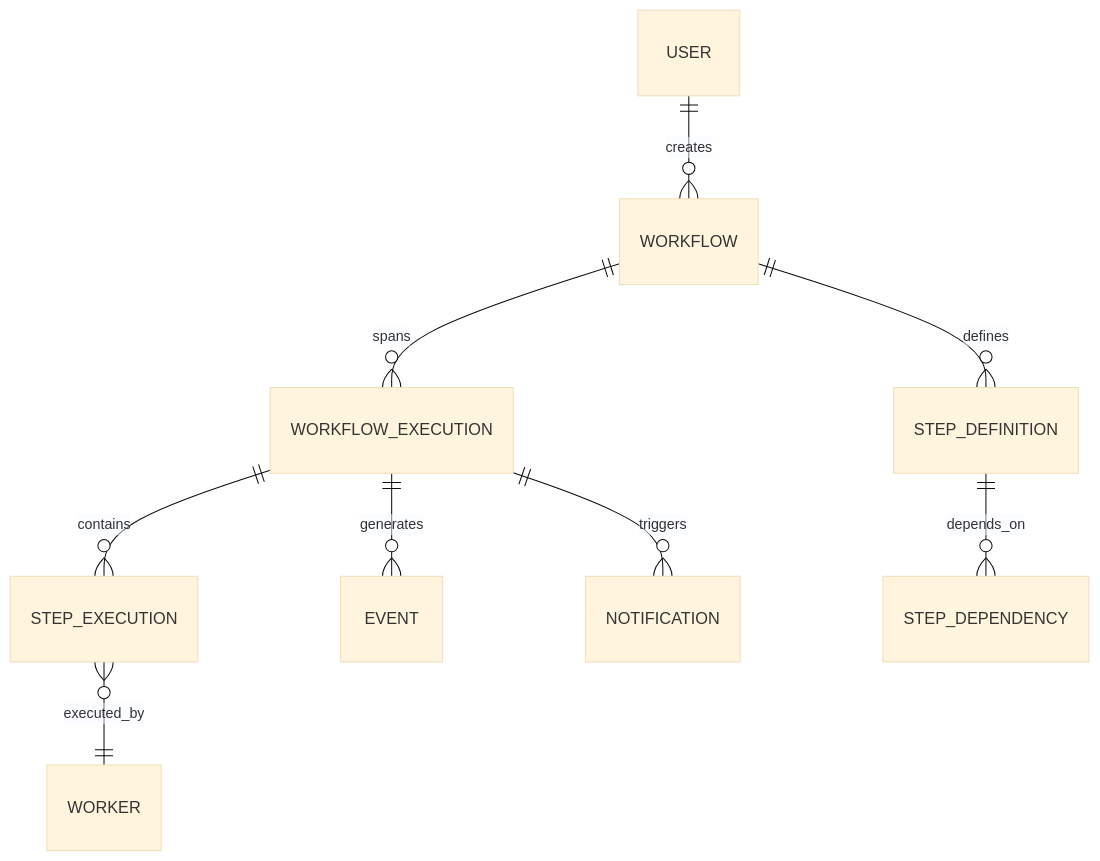
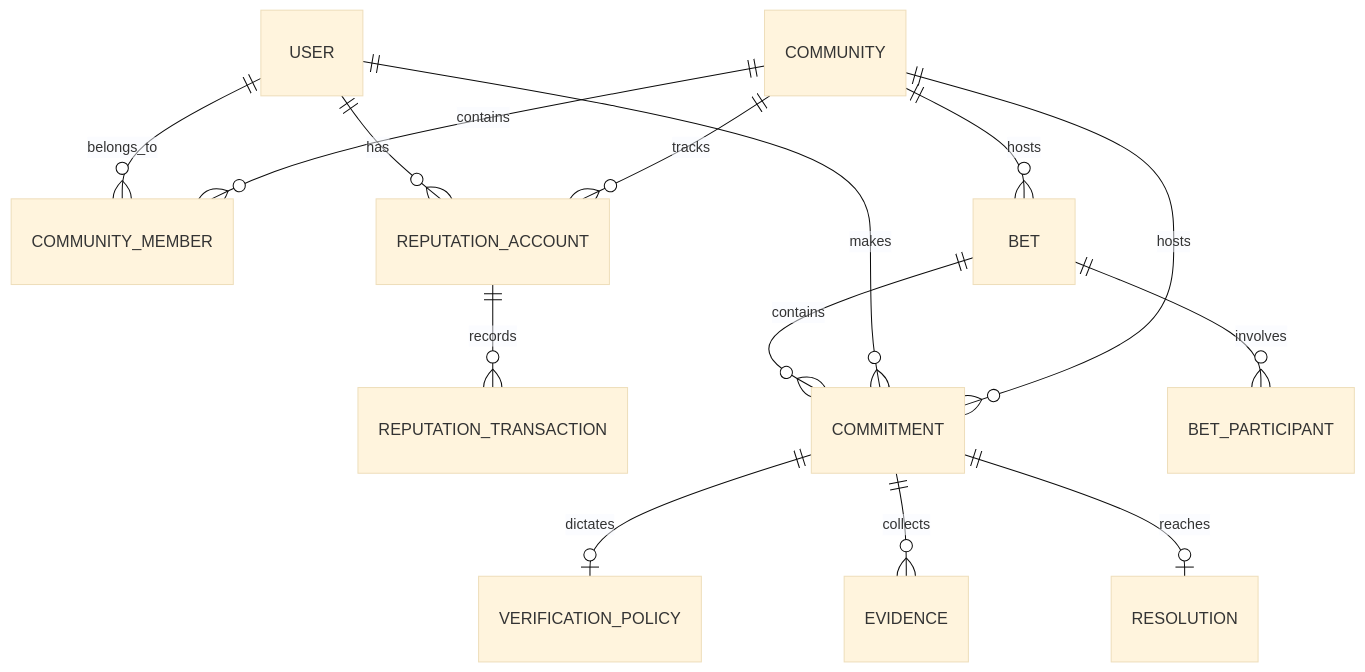
The diagram in docs/DOMAIN_MODEL.md (fomo-ash/Aether), drawn with Mermaid (base theme) before and after one commit. The commit also changed other lines of this file and 20 other files, not shown here.

````diff
--- a/docs/DOMAIN_MODEL.md
+++ b/docs/DOMAIN_MODEL.md
@@ -12,11 +5,16 @@
 ```mermaid
 erDiagram
-    USER ||--o{ WORKFLOW : creates
-    WORKFLOW ||--o{ WORKFLOW_EXECUTION : spans
-    WORKFLOW_EXECUTION ||--o{ STEP_EXECUTION : contains
-    WORKFLOW ||--o{ STEP_DEFINITION : defines
-    STEP_DEFINITION ||--o{ STEP_DEPENDENCY : depends_on
-    STEP_EXECUTION }o--|| WORKER : executed_by
-    WORKFLOW_EXECUTION ||--o{ EVENT : generates
-    WORKFLOW_EXECUTION ||--o{ NOTIFICATION : triggers
+    COMMUNITY ||--o{ COMMUNITY_MEMBER : contains
+    USER ||--o{ COMMUNITY_MEMBER : belongs_to
+    COMMUNITY ||--o{ REPUTATION_ACCOUNT : tracks
+    USER ||--o{ REPUTATION_ACCOUNT : has
+    REPUTATION_ACCOUNT ||--o{ REPUTATION_TRANSACTION : records
+    COMMUNITY ||--o{ COMMITMENT : hosts
+    USER ||--o{ COMMITMENT : makes
+    COMMITMENT ||--o| VERIFICATION_POLICY : dictates
+    COMMITMENT ||--o{ EVIDENCE : collects
+    COMMITMENT ||--o| RESOLUTION : reaches
+    COMMUNITY ||--o{ BET : hosts
+    BET ||--o{ COMMITMENT : contains
+    BET ||--o{ BET_PARTICIPANT : involves
 ```
````
